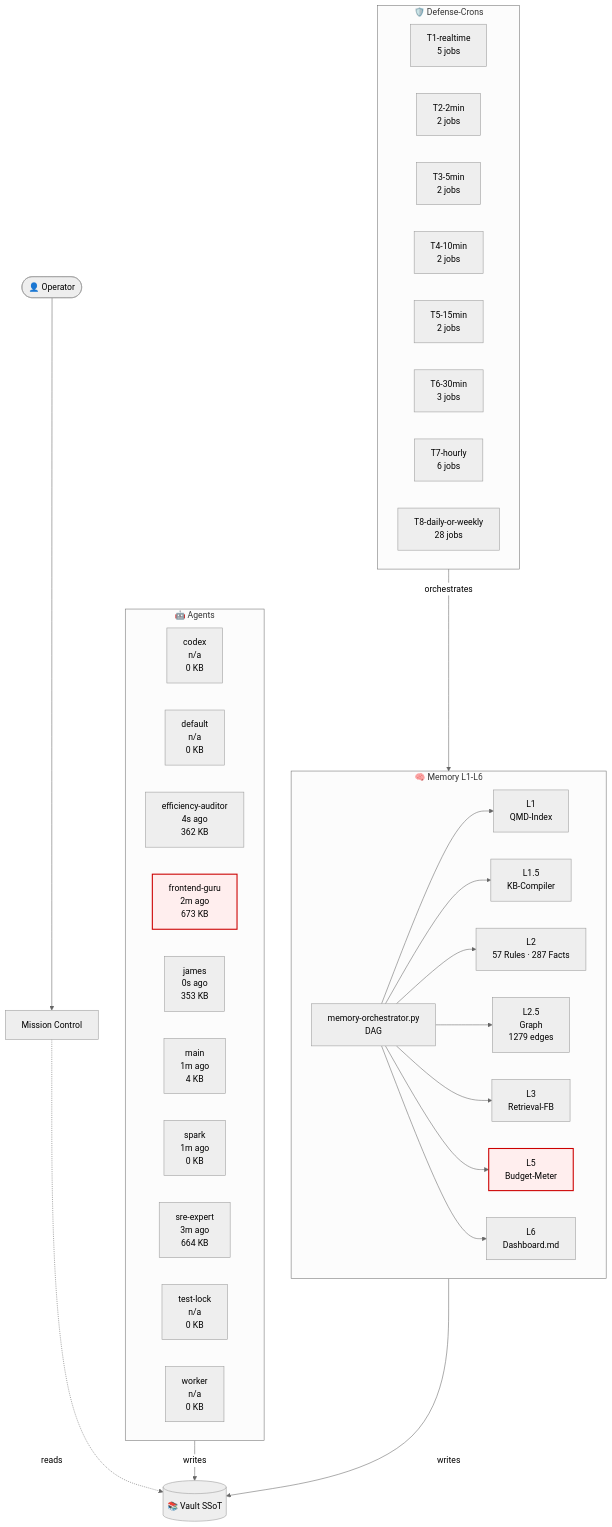
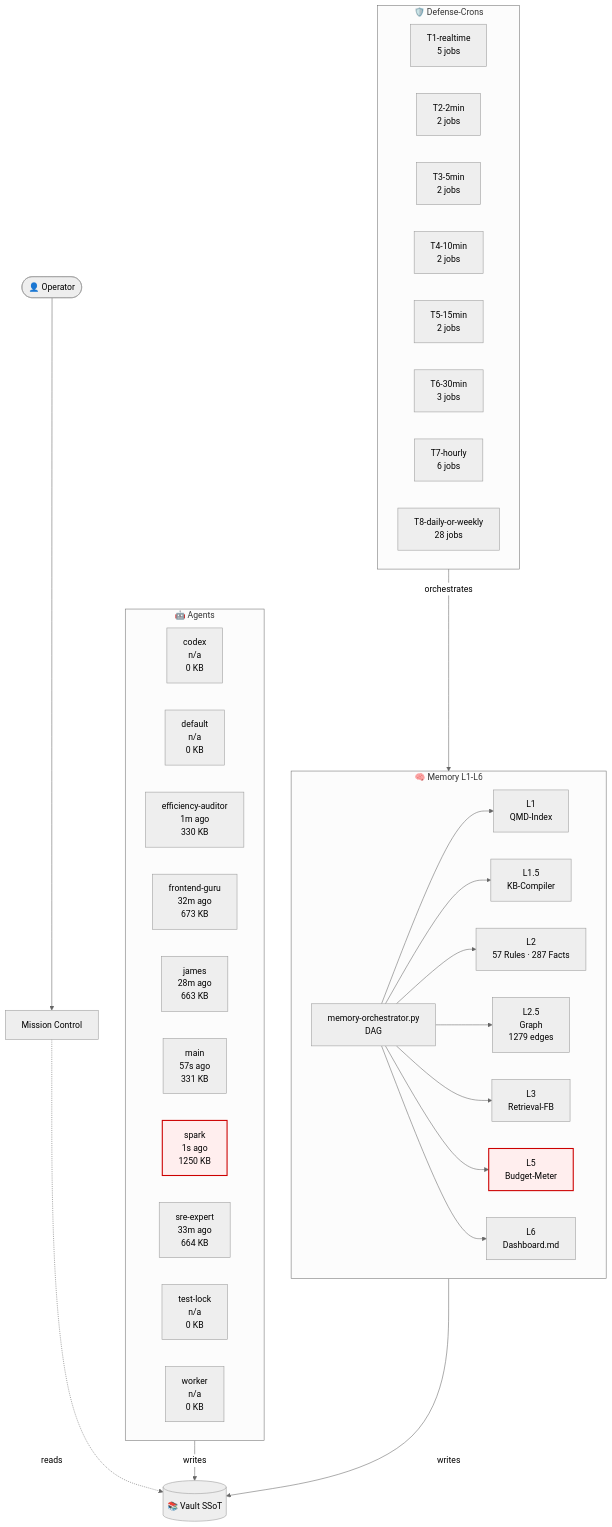
Before and after one commit to lenardhuebner88-rgb/openclaw-memory: the diagram in 03-Agents/architecture-live.md, drawn with Mermaid (neutral theme). The commit also changed other lines of this file and 11 other files, not shown here.

````diff
--- a/03-Agents/architecture-live.md
+++ b/03-Agents/architecture-live.md
@@ -18,53 +18,53 @@
 ```mermaid
 flowchart TB
     classDef critical fill:#fee,stroke:#c00,stroke-width:2px;
     subgraph AGT["🤖 Agents"]
         agent_codex["codex<br/>n/a<br/>0 KB"]
         agent_default["default<br/>n/a<br/>0 KB"]
-        agent_efficiency_auditor["efficiency-auditor<br/>4s ago<br/>362 KB"]
-        agent_frontend_guru["frontend-guru<br/>2m ago<br/>673 KB"]
-        agent_james["james<br/>0s ago<br/>353 KB"]
-        agent_main["main<br/>1m ago<br/>4 KB"]
-        agent_spark["spark<br/>1m ago<br/>0 KB"]
-        agent_sre_expert["sre-expert<br/>3m ago<br/>664 KB"]
+        agent_efficiency_auditor["efficiency-auditor<br/>1m ago<br/>330 KB"]
+        agent_frontend_guru["frontend-guru<br/>32m ago<br/>673 KB"]
+        agent_james["james<br/>28m ago<br/>663 KB"]
+        agent_main["main<br/>57s ago<br/>331 KB"]
+        agent_spark["spark<br/>1s ago<br/>1250 KB"]
+        agent_sre_expert["sre-expert<br/>33m ago<br/>664 KB"]
         agent_test_lock["test-lock<br/>n/a<br/>0 KB"]
         agent_worker["worker<br/>n/a<br/>0 KB"]
     end
     subgraph MEM["🧠 Memory L1-L6"]
         L1["L1<br/>QMD-Index"]
         L15["L1.5<br/>KB-Compiler"]
         L2["L2<br/>57 Rules · 287 Facts"]
         L25["L2.5<br/>Graph<br/>1279 edges"]
         L3["L3<br/>Retrieval-FB"]
         L5["L5<br/>Budget-Meter"]
         L6["L6<br/>Dashboard.md"]
         ORCH["memory-orchestrator.py<br/>DAG"]
     end
     subgraph CRN["🛡️ Defense-Crons"]
         tier_T1_realtime["T1-realtime<br/>5 jobs"]
         tier_T2_2min["T2-2min<br/>2 jobs"]
         tier_T3_5min["T3-5min<br/>2 jobs"]
         tier_T4_10min["T4-10min<br/>2 jobs"]
         tier_T5_15min["T5-15min<br/>2 jobs"]
         tier_T6_30min["T6-30min<br/>3 jobs"]
         tier_T7_hourly["T7-hourly<br/>6 jobs"]
         tier_T8_daily_or_weekly["T8-daily-or-weekly<br/>28 jobs"]
     end
     VAULT[("📚 Vault SSoT")]
     OP([👤 Operator])
     MC["Mission Control"]
     OP --> MC
     MC -.reads.-> VAULT
     AGT -->|writes| VAULT
     MEM -->|writes| VAULT
     ORCH --> L1
     ORCH --> L15
     ORCH --> L2
     ORCH --> L25
     ORCH --> L3
     ORCH --> L5
     ORCH --> L6
     CRN -->|orchestrates| MEM
     class L5 critical
-    class agent_frontend_guru critical
+    class agent_spark critical
 ```
````
